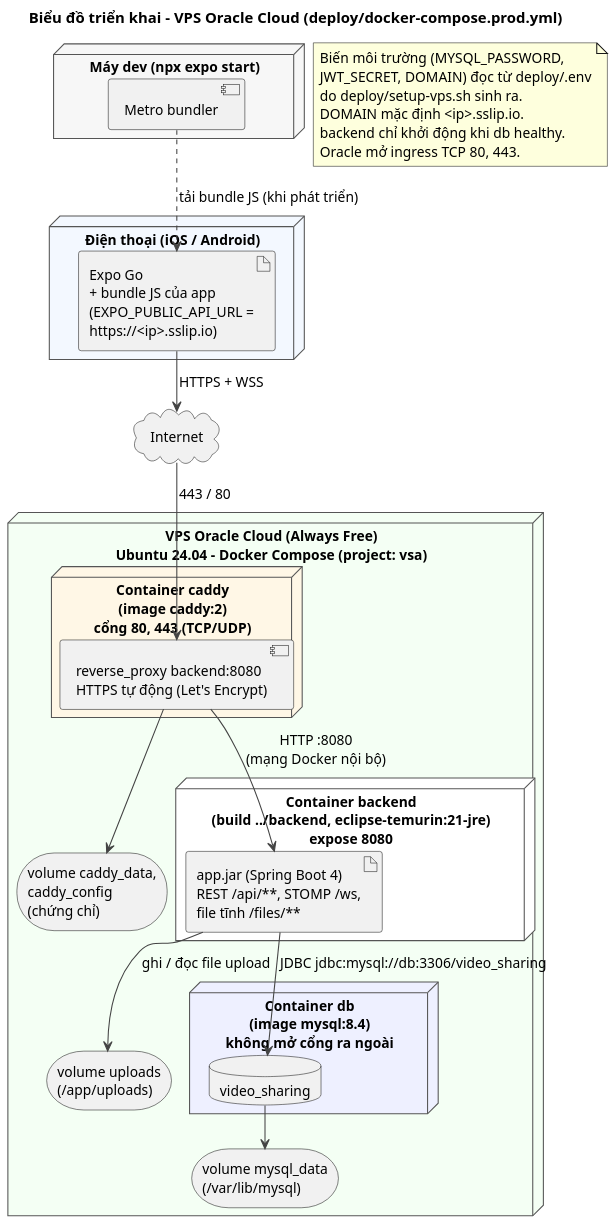
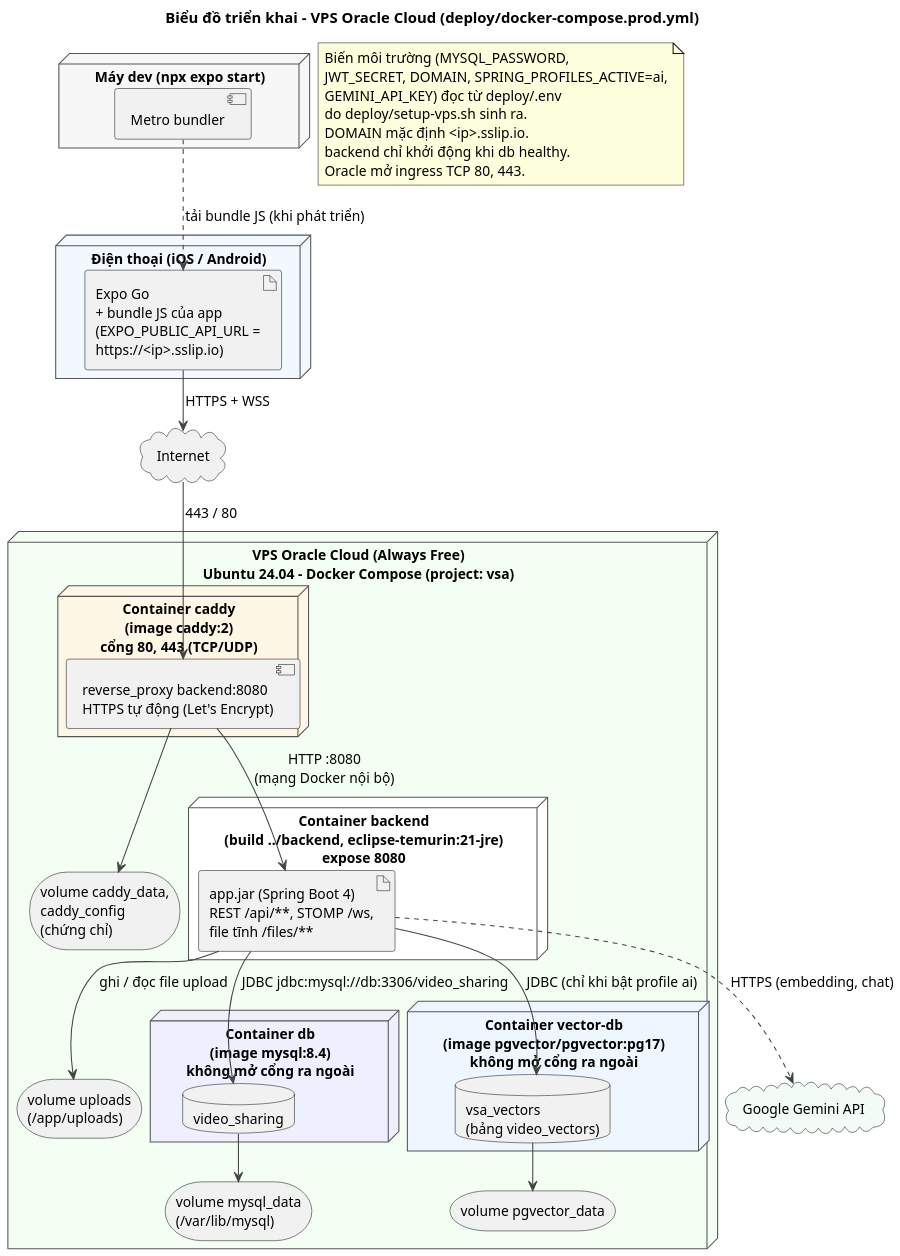
One commit to khanh2925/video-sharing-app changed the diagram in docs/uml/deployment.puml. Above: the diagram before and after it, drawn with PlantUML. The commit also changed 37 other files, not shown here.

First line of the commit message:
Tài liệu: vẽ lại sơ đồ UML, ảnh màn hình và kịch bản đọc code

```diff
--- a/docs/uml/deployment.puml
+++ b/docs/uml/deployment.puml
@@ -1,56 +1,65 @@
 @startuml deployment
 !pragma layout smetana
 skinparam defaultFontName Arial
 skinparam defaultFontSize 13
 skinparam dpi 150
 skinparam shadowing false
 skinparam ArrowColor #444444
 skinparam node {
   BackgroundColor #FFFFFF
   BorderColor #555555
 }
 title Biểu đồ triển khai - VPS Oracle Cloud (deploy/docker-compose.prod.yml)
 
 node "Điện thoại (iOS / Android)" as phone #F3F8FF {
   artifact "Expo Go\n+ bundle JS của app\n(EXPO_PUBLIC_API_URL =\nhttps://<ip>.sslip.io)" as app
 }
 
 node "Máy dev (npx expo start)" as devpc #F7F7F7 {
   component "Metro bundler" as metro
 }
 
 cloud "Internet" as inet
+cloud "Google Gemini API" as gemini #F2FBF6
 
 node "VPS Oracle Cloud (Always Free)\nUbuntu 24.04 - Docker Compose (project: vsa)" as vps #F4FFF4 {
   node "Container caddy\n(image caddy:2)\ncổng 80, 443 (TCP/UDP)" as caddy #FFF7E6 {
     component "reverse_proxy backend:8080\nHTTPS tự động (Let's Encrypt)" as rp
   }
   node "Container backend\n(build ../backend, eclipse-temurin:21-jre)\nexpose 8080" as be #FFFFFF {
     artifact "app.jar (Spring Boot 4)\nREST /api/**, STOMP /ws,\nfile tĩnh /files/**" as jar
   }
   node "Container db\n(image mysql:8.4)\nkhông mở cổng ra ngoài" as db #EEF0FF {
     database "video_sharing" as schema
   }
+  node "Container vector-db\n(image pgvector/pgvector:pg17)\nkhông mở cổng ra ngoài" as vdbc #EEF6FF {
+    database "vsa_vectors\n(bảng video_vectors)" as vschema
+  }
   storage "volume uploads\n(/app/uploads)" as vup
+  storage "volume pgvector_data" as vpg
   storage "volume mysql_data\n(/var/lib/mysql)" as vdb
   storage "volume caddy_data,\ncaddy_config\n(chứng chỉ)" as vcad
 }
 
 app --> inet : HTTPS + WSS
 metro ..> app : tải bundle JS (khi phát triển)
 inet --> rp : 443 / 80
 rp --> jar : HTTP :8080\n(mạng Docker nội bộ)
 jar --> schema : JDBC jdbc:mysql://db:3306/video_sharing
 jar --> vup : ghi / đọc file upload
 schema --> vdb
+jar --> vschema : JDBC (chỉ khi bật profile ai)
+vschema --> vpg
+jar ..> gemini : HTTPS (embedding, chat)
 rp --> vcad
 
 note as Nenv
   Biến môi trường (MYSQL_PASSWORD,
-  JWT_SECRET, DOMAIN) đọc từ deploy/.env
+  JWT_SECRET, DOMAIN, SPRING_PROFILES_ACTIVE=ai,
+  GEMINI_API_KEY) đọc từ deploy/.env
   do deploy/setup-vps.sh sinh ra.
   DOMAIN mặc định <ip>.sslip.io.
   backend chỉ khởi động khi db healthy.
   Oracle mở ingress TCP 80, 443.
 end note
 @enduml
```
